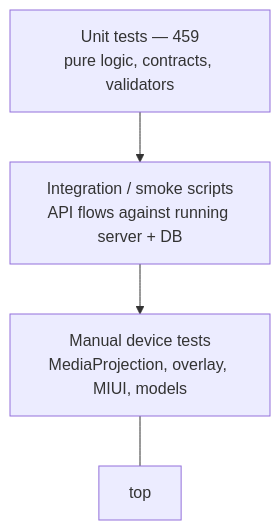
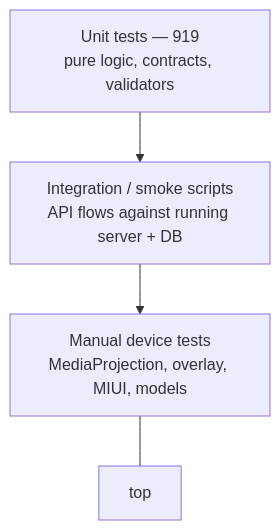
One commit to Helmi-Megdiche/PFE_optimization changed the diagram in docs/testing_strategy.md. Above: the diagram before and after it, drawn with Mermaid. The commit also changed other lines of this file and 9 other files, not shown here.

````diff
--- a/docs/testing_strategy.md
+++ b/docs/testing_strategy.md
@@ -39,7 +39,7 @@
 ```mermaid
 graph TB
     M[Manual device tests<br/>MediaProjection, overlay, MIUI, models] --- top
     I[Integration / smoke scripts<br/>API flows against running server + DB]
-    U[Unit tests — 459<br/>pure logic, contracts, validators]
+    U[Unit tests — 919<br/>pure logic, contracts, validators]
     U --> I --> M
 ```
````
